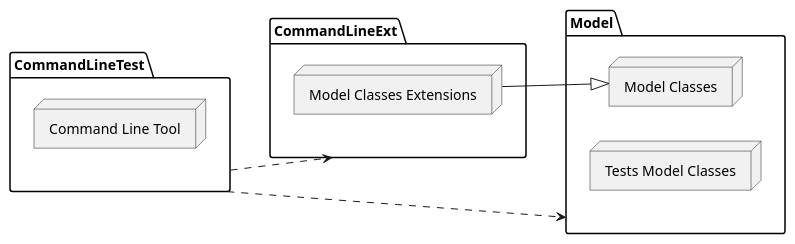
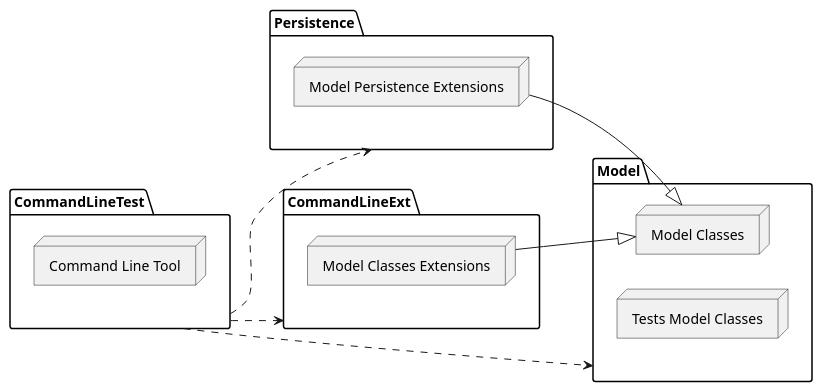
The first of 2 diagrams in README.md (axdelafuen/doushouqi), drawn with PlantUML before and after one commit.

Commit message:
:memo: update architecture diagram

````diff
--- a/README.md
+++ b/README.md
@@ -47,24 +47,31 @@
 ```plantuml
 @startuml
 left to right direction
 
-"CommandLineTest" ..> "CommandLineExt"
-"CommandLineTest" ..> "Model"
-
 package "CommandLineTest" {
   node "Command Line Tool" 
+}
+
+
+package "Persistence" {
+  node "Model Persistence Extensions"
 }
 
 package "CommandLineExt" {
   node "Model Classes Extensions"
 }
 
 package "Model" {
   node "Model Classes"
   node "Tests Model Classes"
 }
 
+"Model Persistence Extensions" --|> "Model Classes"
 "Model Classes Extensions" --|> "Model Classes"
+
+"CommandLineTest" ..> "CommandLineExt"
+"CommandLineTest" ..> "Persistence"
+"CommandLineTest" ..> "Model"
 
 @enduml
 ```
````
